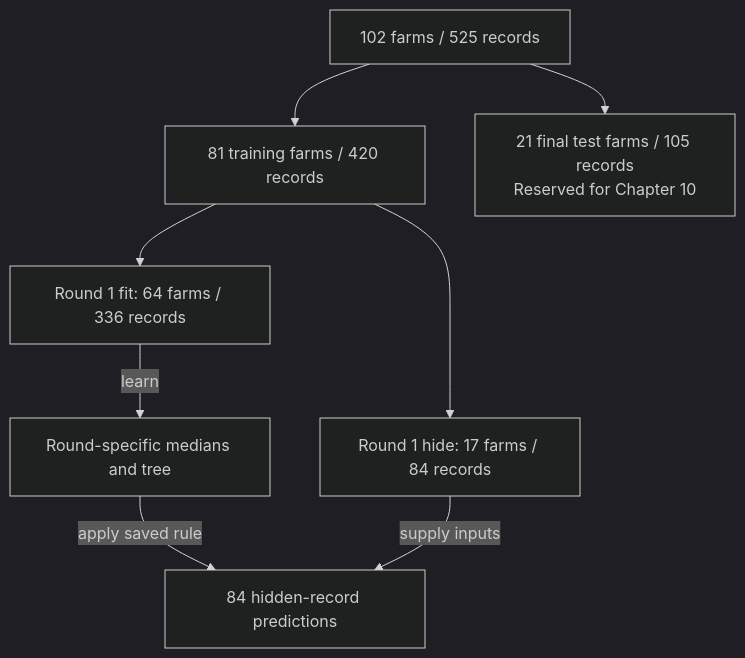
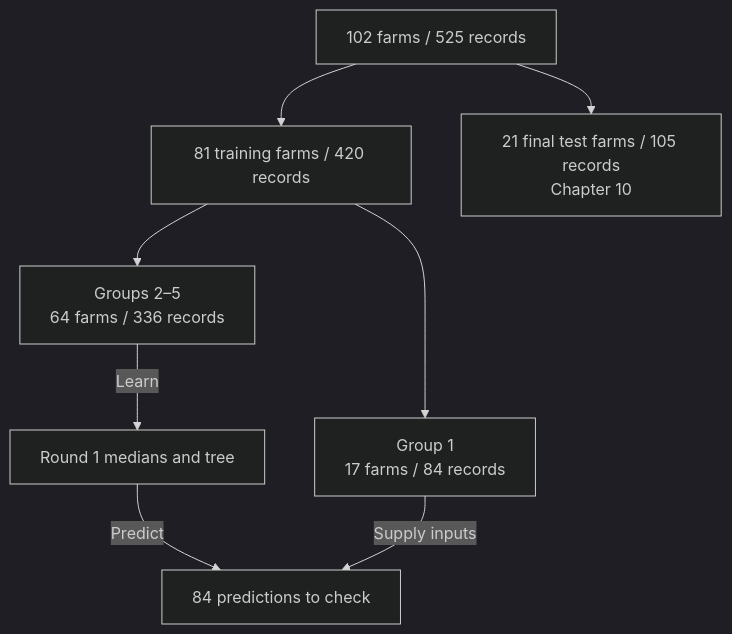
Before and after one commit to nedchen2/MicrobialML: the second of 2 diagrams in authoring/09-choose-tree.md, drawn with Mermaid (dark theme). The commit also changed other lines of this file and 8 other files, not shown here.

Commit message:
Teach tree validation and testing one record at a time

````diff
--- a/authoring/09-choose-tree.md
+++ b/authoring/09-choose-tree.md
@@ -51,12 +51,13 @@
 ```mermaid
 flowchart TB
     accTitle: Whole Farms And One Validation Round
-    accDescr: The 102 farms are split into 81 training and 21 final test farms. In validation round one, 64 training farms fit the medians and tree; 17 other training farms supply hidden inputs. Their predictions are checked, while the 21 final test farms stay outside selection.
+    accDescr: The 102 farms are split into 81 training and 21 final test farms. In round one, groups 2 through 5 fit the medians and tree. Group 1 checks the resulting predictions. The 21 final test farms are reserved for Chapter 10.
+
     all_farms["102 farms / 525 records"] --> training_farms["81 training farms / 420 records"]
-    all_farms --> final_test["21 final test farms / 105 records<br/>Reserved for Chapter 10"]
-    training_farms --> fitting_farms["Round 1 fit: 64 farms / 336 records"]
-    training_farms --> validation_farms["Round 1 hide: 17 farms / 84 records"]
-    fitting_farms -->|learn| round_model["Round-specific medians and tree"]
-    round_model -->|apply saved rule| round_predictions["84 hidden-record predictions"]
-    validation_farms -->|supply inputs| round_predictions
+    all_farms --> final_test["21 final test farms / 105 records<br/>Chapter 10"]
+    training_farms --> fitting_farms["Groups 2–5<br/>64 farms / 336 records"]
+    training_farms --> validation_farms["Group 1<br/>17 farms / 84 records"]
+    fitting_farms -->|Learn| round_model["Round 1 medians and tree"]
+    round_model -->|Predict| group_predictions["84 predictions to check"]
+    validation_farms -->|Supply inputs| group_predictions
 ```
````
